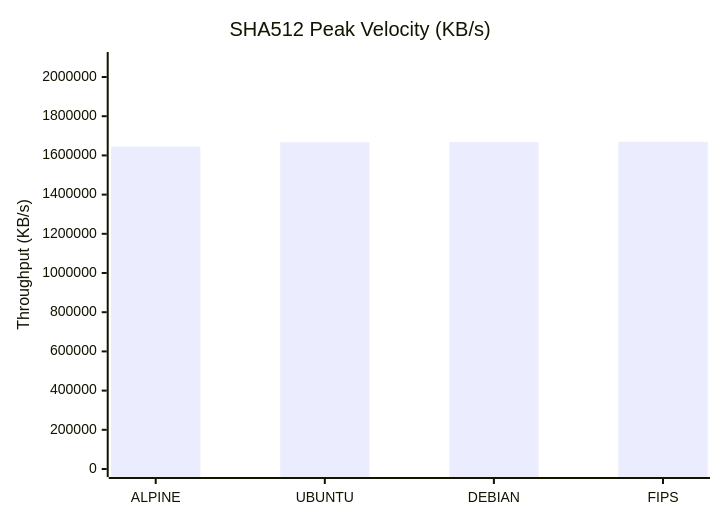
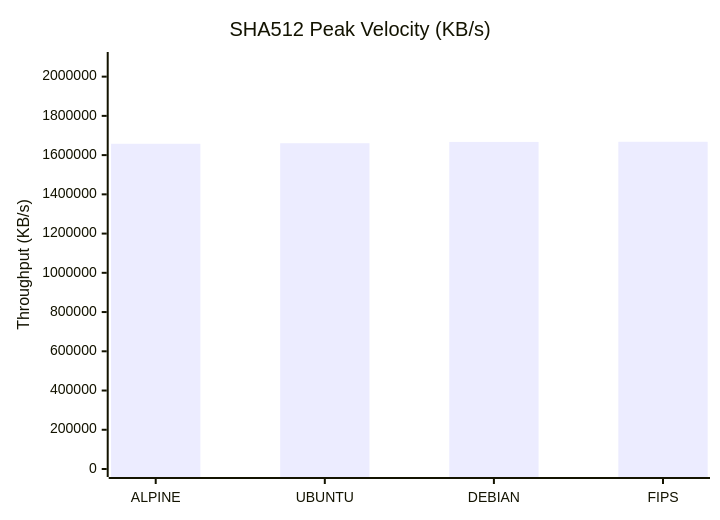
The fourth of 9 diagrams in docs/Comparison_Report.md (taha2samy/openssl_fips), drawn with Mermaid before and after one commit. The commit also changed other lines of this file and 2 other files, not shown here.

````diff
--- a/docs/Comparison_Report.md
+++ b/docs/Comparison_Report.md
@@ -83,7 +83,7 @@
 ```mermaid
 xychart-beta
     title "SHA512 Peak Velocity (KB/s)"
     x-axis [ALPINE, UBUNTU, DEBIAN, FIPS]
-    y-axis "Throughput (KB/s)" 0 --> 2086852
-    bar [1644796.31, 1667316.12, 1667960.01, 1669482.09]
+    y-axis "Throughput (KB/s)" 0 --> 2084825
+    bar [1657783.91, 1660574.11, 1667140.81, 1667860.07]
 ```
````
